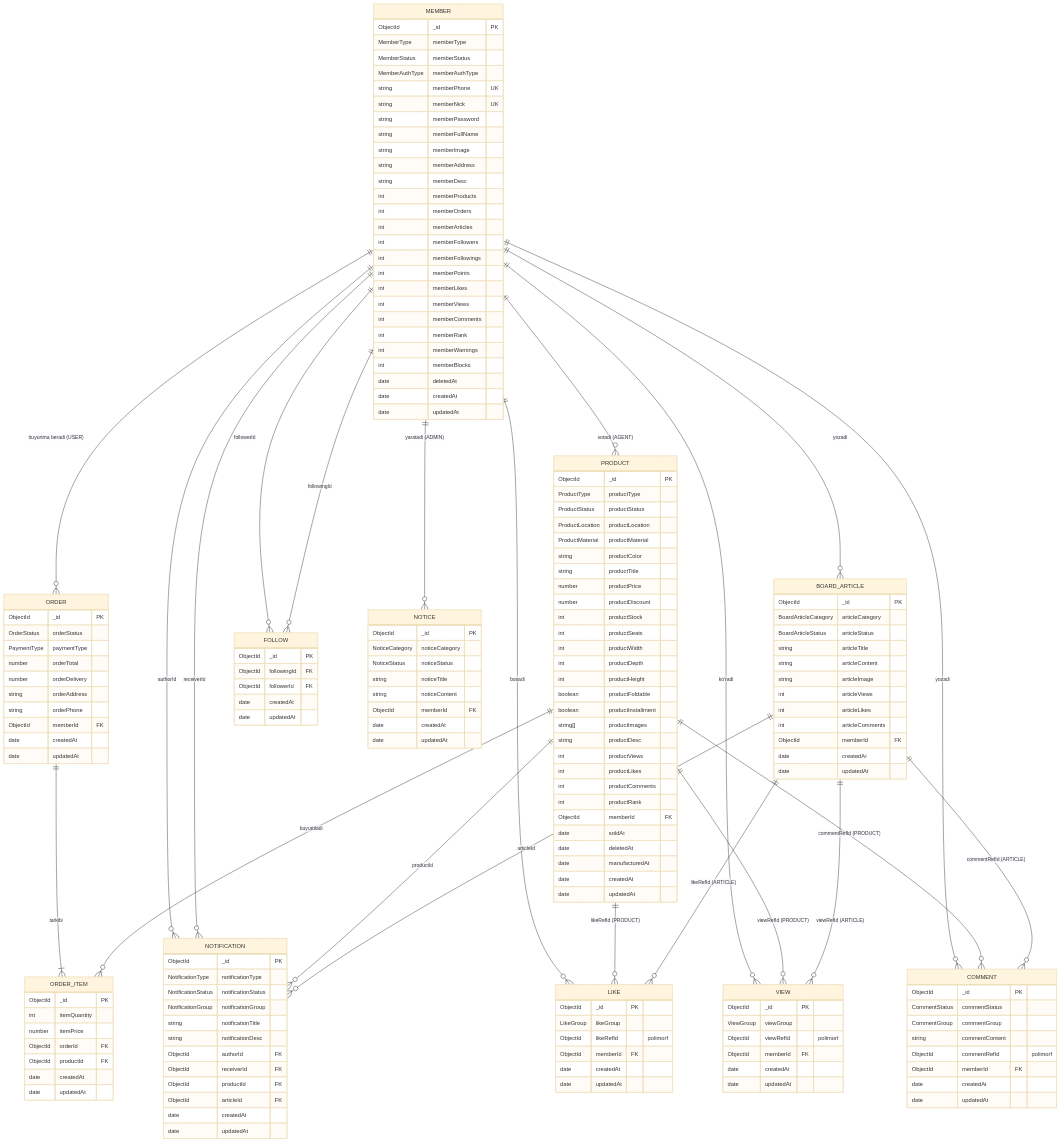
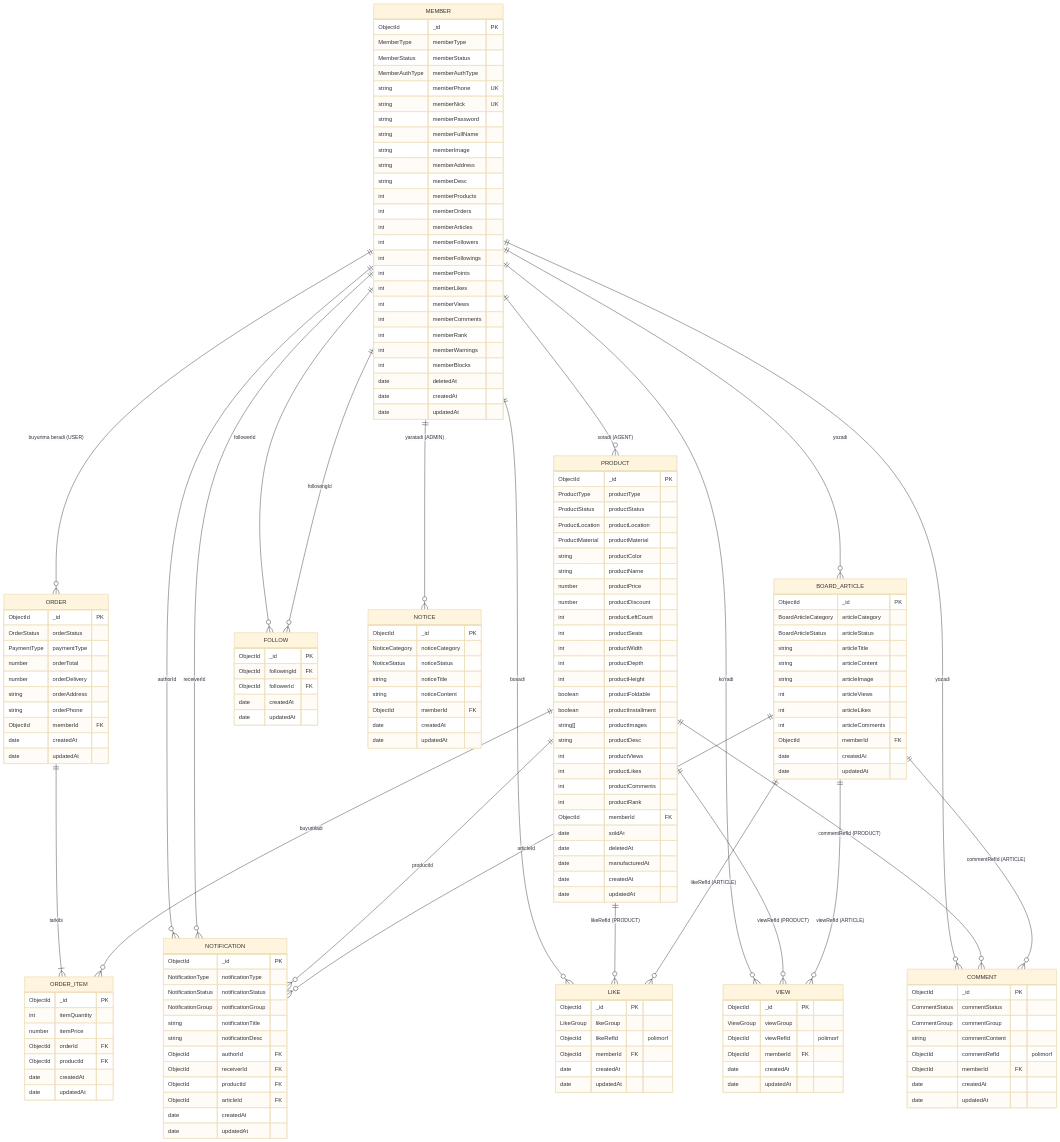
Before and after one commit to yotoqxonacom-hub/Nestar: the diagram in docs/ER-MODEL.md, drawn with Mermaid (base theme). The commit also changed other lines of this file and 2 other files, not shown here.

First line of the commit message:
docs: add visual ER diagram (HTML + PNG) for furniture store

```diff
--- a/docs/ER-MODEL.md
+++ b/docs/ER-MODEL.md
@@ -92,10 +98,10 @@
         ProductLocation productLocation
         ProductMaterial productMaterial
         string productColor
-        string productTitle
+        string productName
         number productPrice
         number productDiscount
-        int productStock
+        int productLeftCount
         int productSeats
         int productWidth
         int productDepth
```
